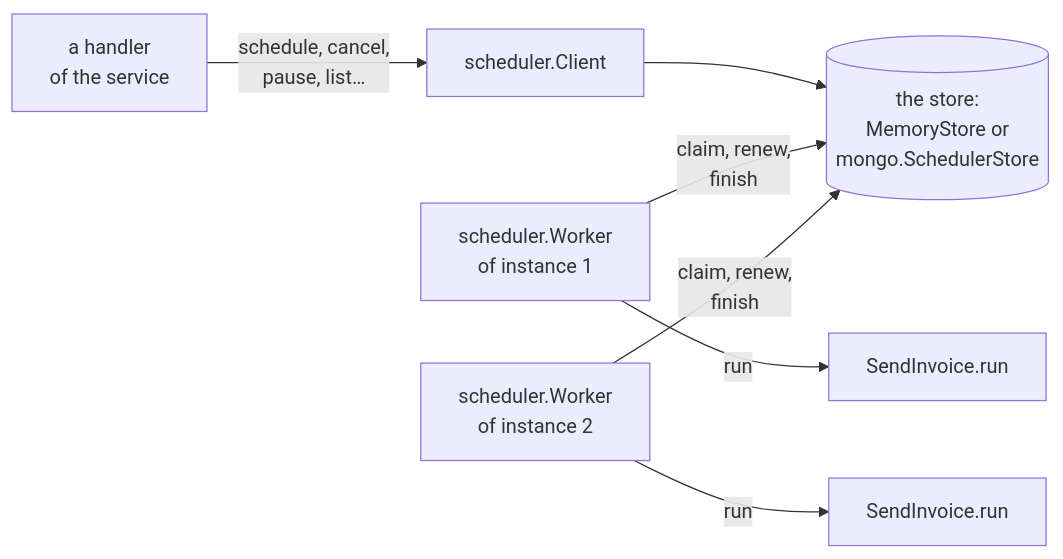
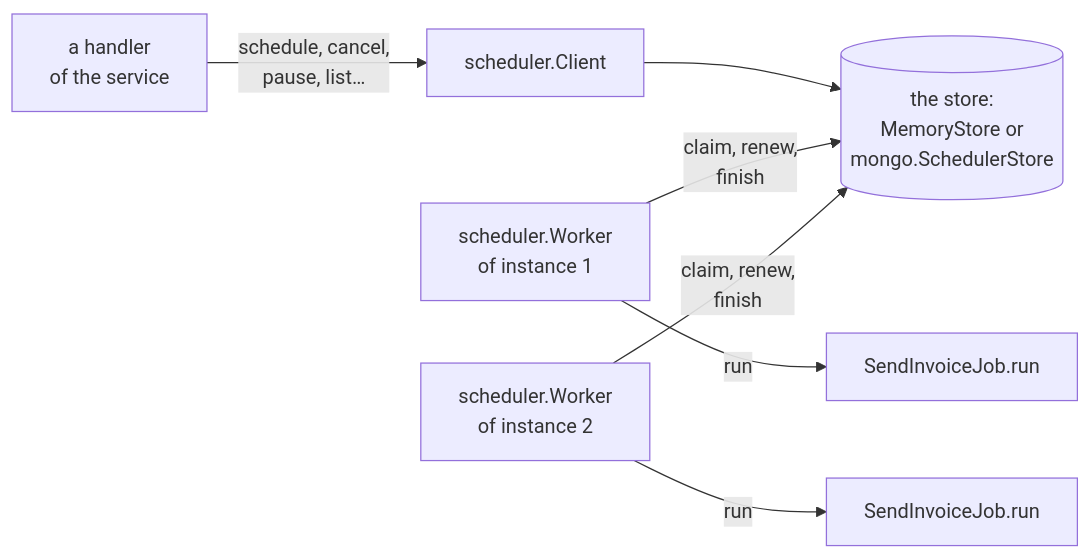
The first of 3 diagrams in src/scheduler/examples/README.md (vkiryakov/zefir), drawn with Mermaid before and after one commit. The commit also changed other lines of this file and 40 other files, not shown here.

First line of the commit message:
Name the guide's invoice job SendInvoiceJob

````diff
--- a/src/scheduler/examples/README.md
+++ b/src/scheduler/examples/README.md
@@ -148,9 +148,9 @@
 ```mermaid
 flowchart LR
     handler["a handler<br/>of the service"] -->|"schedule, cancel,<br/>pause, list…"| client["scheduler.Client"]
     client --> store[("the store:<br/>MemoryStore or<br/>mongo.SchedulerStore")]
     w1["scheduler.Worker<br/>of instance 1"] -->|"claim, renew,<br/>finish"| store
     w2["scheduler.Worker<br/>of instance 2"] -->|"claim, renew,<br/>finish"| store
-    w1 -->|"run"| j1["SendInvoice.run"]
-    w2 -->|"run"| j2["SendInvoice.run"]
+    w1 -->|"run"| j1["SendInvoiceJob.run"]
+    w2 -->|"run"| j2["SendInvoiceJob.run"]
 ```
````
